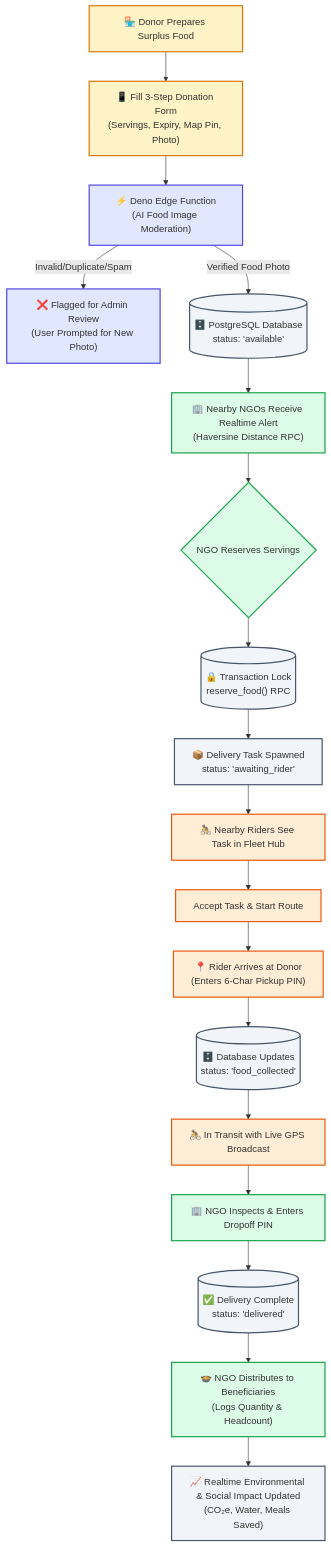
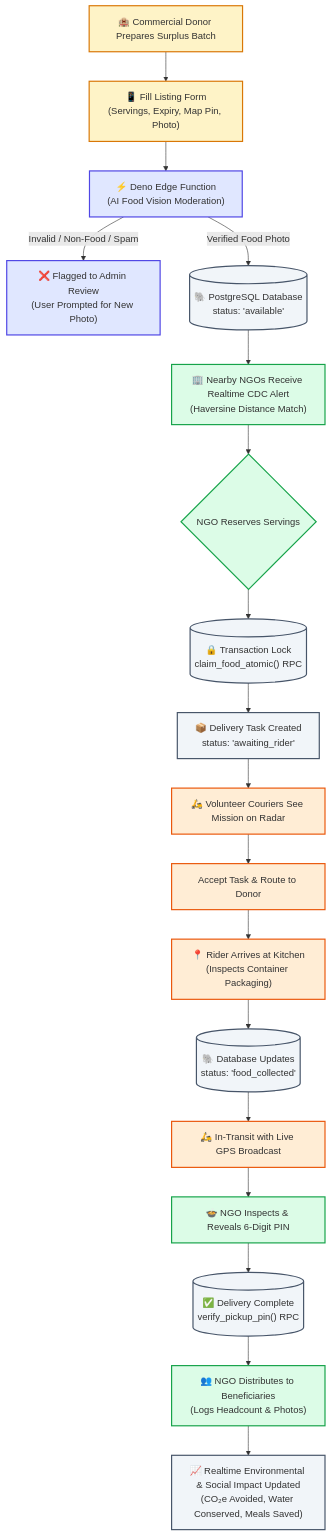
One commit to rohillanikhlesh2510/Sharebite---Food-rescuing-app changed the first of 11 diagrams in docs/WORKFLOW_DIAGRAM.md. Above: the diagram before and after it, drawn with Mermaid. The commit also changed other lines of this file, not shown here.

Commit message:
docs(workflows): upgrade visual lifecycle diagrams, offline PWA sync, and FSSAI organoleptic decision flows

````diff
--- a/docs/WORKFLOW_DIAGRAM.md
+++ b/docs/WORKFLOW_DIAGRAM.md
@@ -23,33 +26,33 @@
 ```mermaid
 flowchart TD
     classDef donor fill:#fef3c7,stroke:#d97706,stroke-width:2px;
     classDef edge fill:#e0e7ff,stroke:#4f46e5,stroke-width:2px;
     classDef ngo fill:#dcfce7,stroke:#16a34a,stroke-width:2px;
     classDef rider fill:#ffedd5,stroke:#ea580c,stroke-width:2px;
     classDef db fill:#f1f5f9,stroke:#475569,stroke-width:2px;
 
-    D1["🏪 Donor Prepares Surplus Food"]:::donor --> D2["📱 Fill 3-Step Donation Form<br/>(Servings, Expiry, Map Pin, Photo)"]:::donor
-    D2 --> E1["⚡ Deno Edge Function<br/>(AI Food Image Moderation)"]:::edge
+    D1["🏨 Commercial Donor Prepares Surplus Batch"]:::donor --> D2["📱 Fill Listing Form\n(Servings, Expiry, Map Pin, Photo)"]:::donor
+    D2 --> E1["⚡ Deno Edge Function\n(AI Food Vision Moderation)"]:::edge
 
-    E1 -- "Invalid/Duplicate/Spam" --> E2["❌ Flagged for Admin Review<br/>(User Prompted for New Photo)"]:::edge
-    E1 -- "Verified Food Photo" --> DB1[("🗄️ PostgreSQL Database<br/>status: 'available'")]:::db
+    E1 -- "Invalid / Non-Food / Spam" --> E2["❌ Flagged to Admin Review\n(User Prompted for New Photo)"]:::edge
+    E1 -- "Verified Food Photo" --> DB1[("🐘 PostgreSQL Database\nstatus: 'available'")]:::db
 
-    DB1 --> N1["🏢 Nearby NGOs Receive Realtime Alert<br/>(Haversine Distance RPC)"]:::ngo
+    DB1 --> N1["🏢 Nearby NGOs Receive Realtime CDC Alert\n(Haversine Distance Match)"]:::ngo
     N1 --> N2{"NGO Reserves Servings"}:::ngo
 
-    N2 --> DB2[("🔒 Transaction Lock<br/>reserve_food() RPC")]:::db
-    DB2 --> T1["📦 Delivery Task Spawned<br/>status: 'awaiting_rider'"]:::db
+    N2 --> DB2[("🔒 Transaction Lock\nclaim_food_atomic() RPC")]:::db
+    DB2 --> T1["📦 Delivery Task Created\nstatus: 'awaiting_rider'"]:::db
 
-    T1 --> R1["🚴 Nearby Riders See Task in Fleet Hub"]:::rider
-    R1 --> R2["Accept Task & Start Route"]:::rider
+    T1 --> R1["🛵 Volunteer Couriers See Mission on Radar"]:::rider
+    R1 --> R2["Accept Task & Route to Donor"]:::rider
 
-    R2 --> R3["📍 Rider Arrives at Donor<br/>(Enters 6-Char Pickup PIN)"]:::rider
-    R3 --> DB3[("🗄️ Database Updates<br/>status: 'food_collected'")]:::db
+    R2 --> R3["📍 Rider Arrives at Kitchen\n(Inspects Container Packaging)"]:::rider
+    R3 --> DB3[("🐘 Database Updates\nstatus: 'food_collected'")]:::db
 
-    DB3 --> R4["🚴 In Transit with Live GPS Broadcast"]:::rider
-    R4 --> N3["🏢 NGO Inspects & Enters Dropoff PIN"]:::ngo
+    DB3 --> R4["🛵 In-Transit with Live GPS Broadcast"]:::rider
+    R4 --> N3["🍲 NGO Inspects & Reveals 6-Digit PIN"]:::ngo
 
-    N3 --> DB4[("✅ Delivery Complete<br/>status: 'delivered'")]:::db
-    DB4 --> N4["🍲 NGO Distributes to Beneficiaries<br/>(Logs Quantity & Headcount)"]:::ngo
-    N4 --> IMP["📈 Realtime Environmental & Social Impact Updated<br/>(CO₂e, Water, Meals Saved)"]:::db
+    N3 --> DB4[("✅ Delivery Complete\nverify_pickup_pin() RPC")]:::db
+    DB4 --> N4["👥 NGO Distributes to Beneficiaries\n(Logs Headcount & Photos)"]:::ngo
+    N4 --> IMP["📈 Realtime Environmental & Social Impact Updated\n(CO₂e Avoided, Water Conserved, Meals Saved)"]:::db
 ```
````
